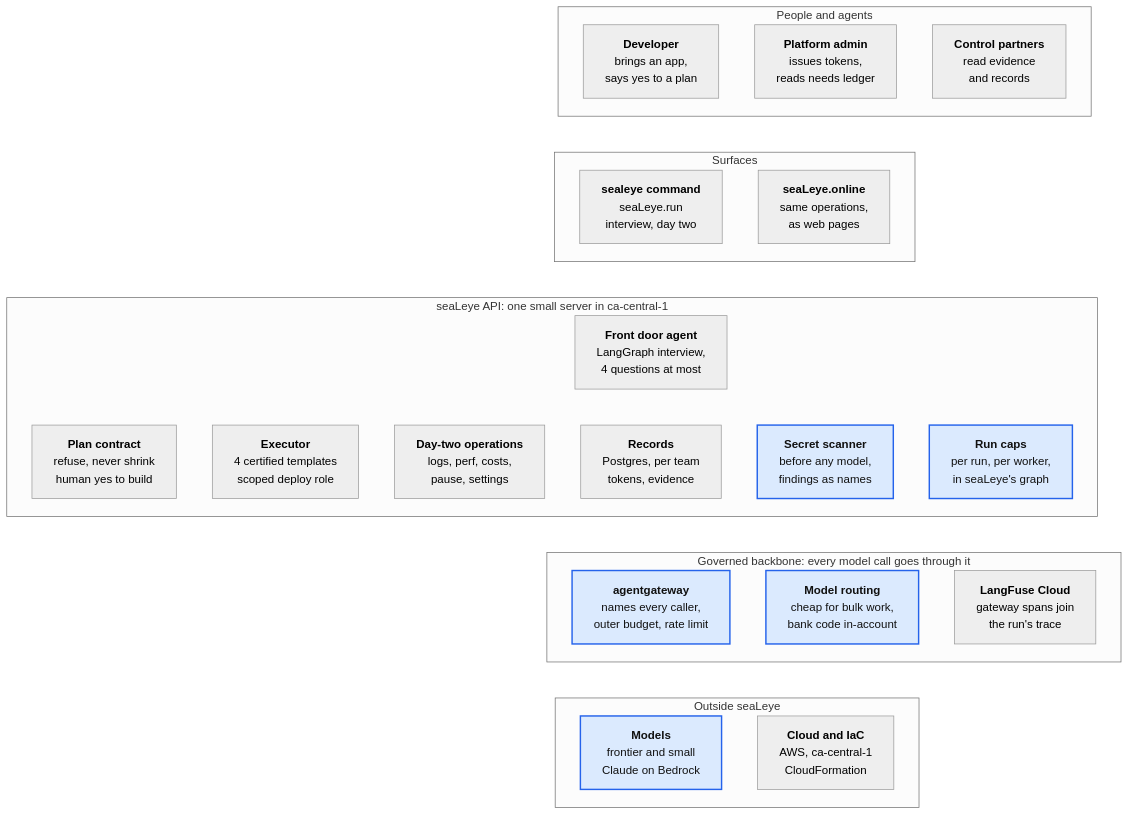
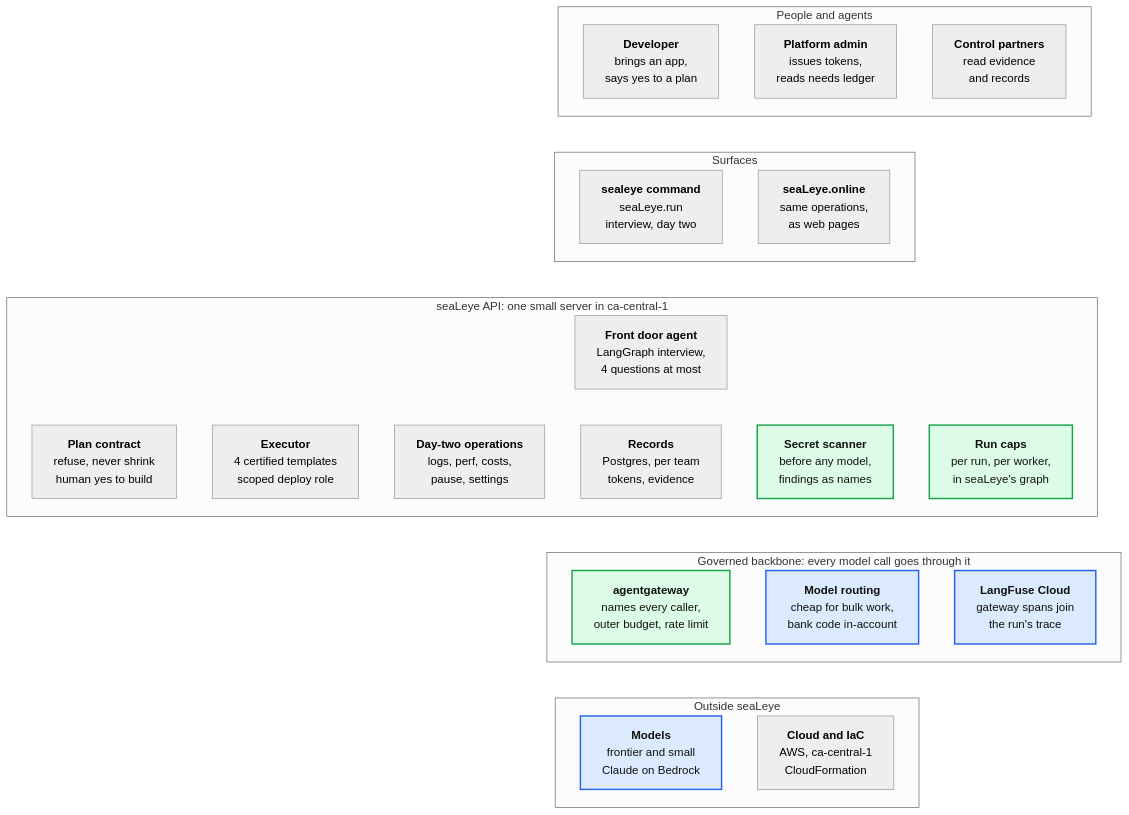
One commit to GregKliewer/sealeye changed the third of 12 diagrams in docs/BUILD-OUT.md. Above: the diagram before and after it, drawn with Mermaid (neutral theme). The commit also changed other lines of this file and 4 other files, not shown here.

````diff
--- a/docs/BUILD-OUT.md
+++ b/docs/BUILD-OUT.md
@@ -84,37 +86,39 @@
 ```mermaid
 flowchart TB
   subgraph people["People and agents"]
     dev["<b>Developer</b><br/>brings an app,<br/>says yes to a plan"]
     admin["<b>Platform admin</b><br/>issues tokens,<br/>reads needs ledger"]
     control["<b>Control partners</b><br/>read evidence<br/>and records"]
   end
   subgraph surfaces["Surfaces"]
     cli["<b>sealeye command</b><br/>seaLeye.run<br/>interview, day two"]
     portal["<b>seaLeye.online</b><br/>same operations,<br/>as web pages"]
   end
   dev ~~~ cli
   subgraph api["seaLeye API: one small server in ca-central-1"]
     frontdoor["<b>Front door agent</b><br/>LangGraph interview,<br/>4 questions at most"]
     contract["<b>Plan contract</b><br/>refuse, never shrink<br/>human yes to build"]
     executor["<b>Executor</b><br/>4 certified templates<br/>scoped deploy role"]
     daytwo["<b>Day-two operations</b><br/>logs, perf, costs,<br/>pause, settings"]
     records["<b>Records</b><br/>Postgres, per team<br/>tokens, evidence"]
     scanner["<b>Secret scanner</b><br/>before any model,<br/>findings as names"]
     caps["<b>Run caps</b><br/>per run, per worker,<br/>in seaLeye's graph"]
   end
   frontdoor ~~~ records
   cli ~~~ frontdoor
   subgraph backbone["Governed backbone: every model call goes through it"]
     gateway["<b>agentgateway</b><br/>names every caller,<br/>outer budget, rate limit"]
     routing["<b>Model routing</b><br/>cheap for bulk work,<br/>bank code in-account"]
     langfuse["<b>LangFuse Cloud</b><br/>gateway spans join<br/>the run's trace"]
   end
   records ~~~ gateway
   subgraph outside["Outside seaLeye"]
     models["<b>Models</b><br/>frontier and small<br/>Claude on Bedrock"]
     cloud["<b>Cloud and IaC</b><br/>AWS, ca-central-1<br/>CloudFormation"]
   end
   gateway ~~~ models
   classDef new fill:#dbeafe,stroke:#2563eb,stroke-width:2px,color:#111
-  class caps,gateway,models,routing,scanner new
+  classDef built fill:#dcfce7,stroke:#16a34a,stroke-width:2px,color:#111
+  class models,routing,langfuse new
+  class caps,gateway,scanner built
 ```
````
